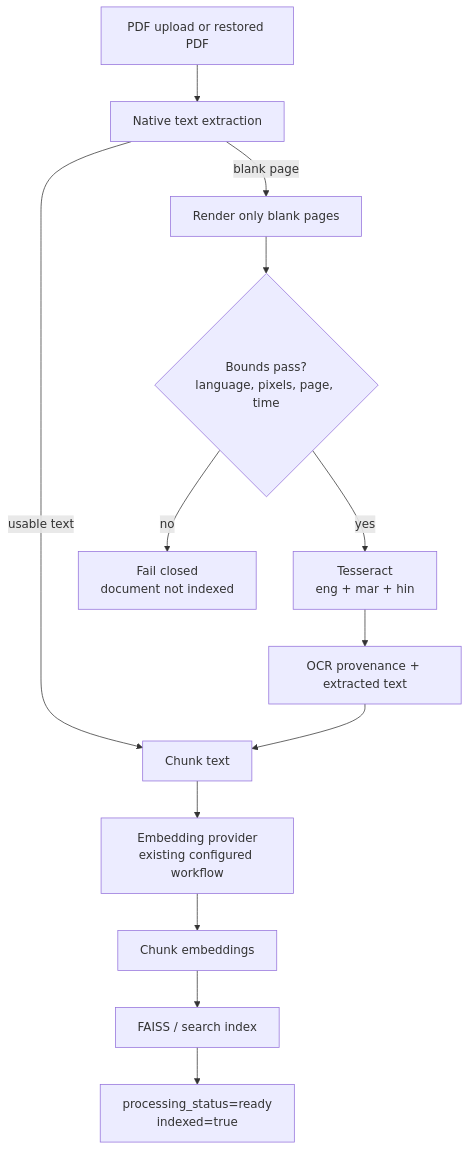
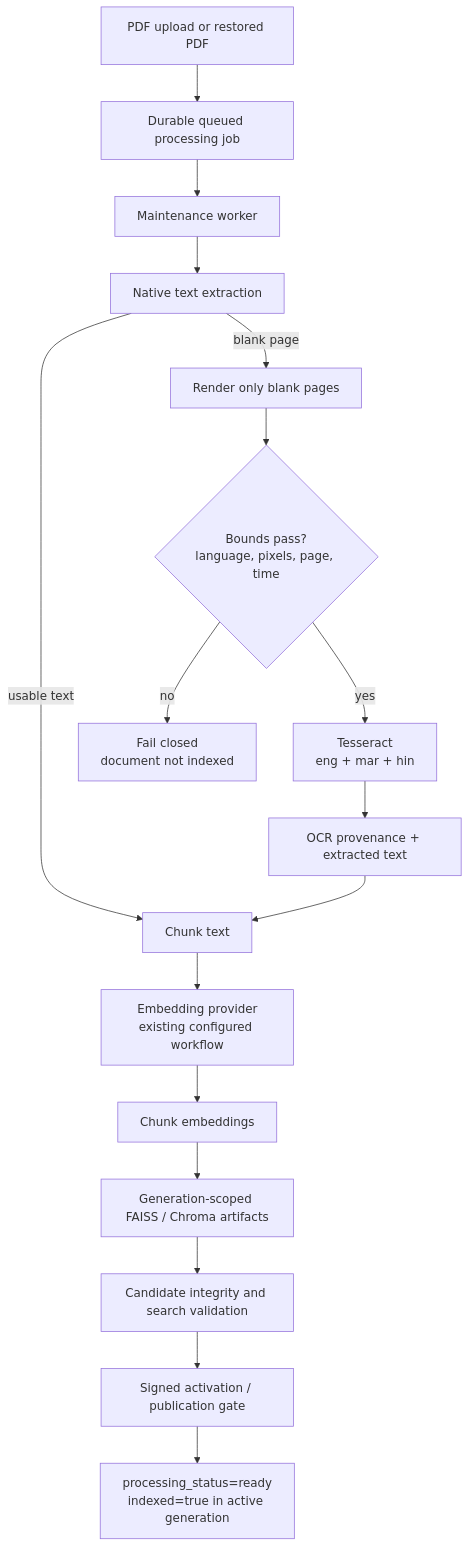
The diagram in docs/diagrams/ocr-index-lifecycle.mmd (Nimble-esolutions/PdfSearch), drawn with Mermaid before and after one commit. The commit also changed 51 other files, not shown here.

Commit message:
docs: reconcile DataOps and VaultOps architecture truth

```diff
--- a/docs/diagrams/ocr-index-lifecycle.mmd
+++ b/docs/diagrams/ocr-index-lifecycle.mmd
@@ -1,13 +1,17 @@
 flowchart TD
-  A["PDF upload or restored PDF"] --> B["Native text extraction"]
+  A["PDF upload or restored PDF"] --> Q["Durable queued processing job"]
+  Q --> W["Maintenance worker"]
+  W --> B["Native text extraction"]
   B -->|usable text| C["Chunk text"]
   B -->|blank page| D["Render only blank pages"]
   D --> E{"Bounds pass?<br/>language, pixels, page, time"}
   E -->|no| F["Fail closed<br/>document not indexed"]
   E -->|yes| G["Tesseract<br/>eng + mar + hin"]
   G --> H["OCR provenance + extracted text"]
   H --> C
   C --> I["Embedding provider<br/>existing configured workflow"]
   I --> J["Chunk embeddings"]
-  J --> K["FAISS / search index"]
-  K --> L["processing_status=ready<br/>indexed=true"]
+  J --> K["Generation-scoped FAISS / Chroma artifacts"]
+  K --> V["Candidate integrity and search validation"]
+  V --> P["Signed activation / publication gate"]
+  P --> L["processing_status=ready<br/>indexed=true in active generation"]
```
